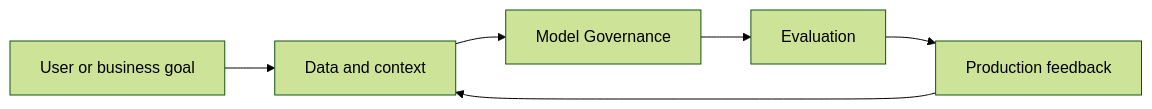
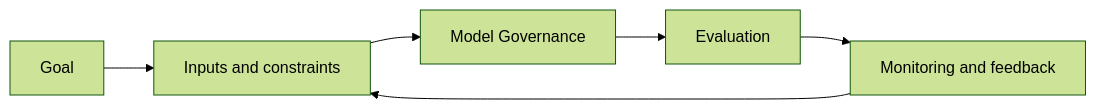
Before and after one commit to Icon1cc/Machine-Learning: the diagram in mlops/11-model-governance.md, drawn with Mermaid (forest theme). The commit also changed other lines of this file and 330 other files, not shown here.

````diff
--- a/mlops/11-model-governance.md
+++ b/mlops/11-model-governance.md
@@ -92,8 +93,8 @@
 ```mermaid
 flowchart LR
-    A[User or business goal] --> B[Data and context]
+    A[Goal] --> B[Inputs and constraints]
     B --> C[Model Governance]
     C --> D[Evaluation]
-    D --> E[Production feedback]
+    D --> E[Monitoring and feedback]
     E --> B
 ```
````
